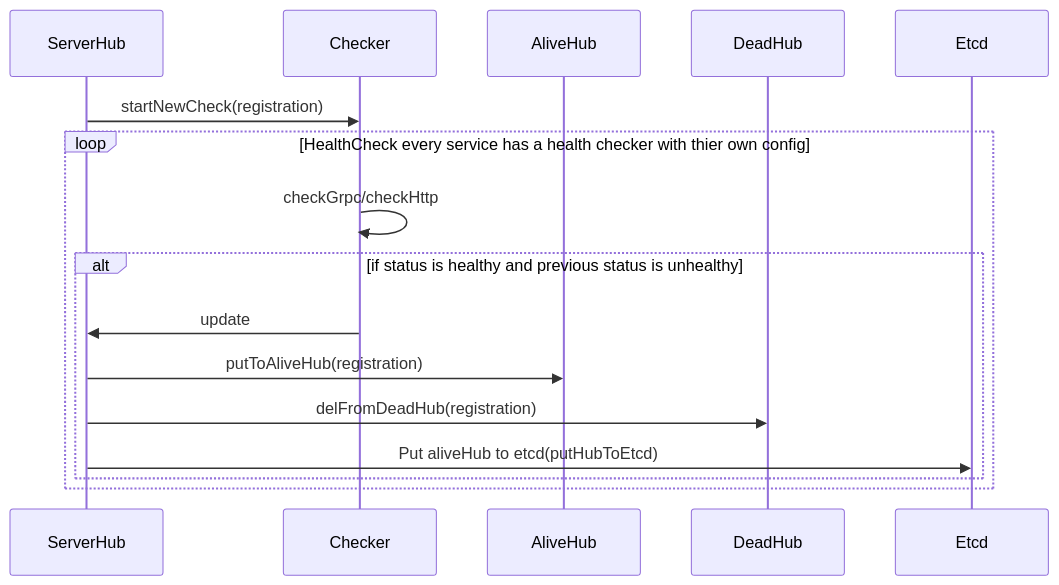
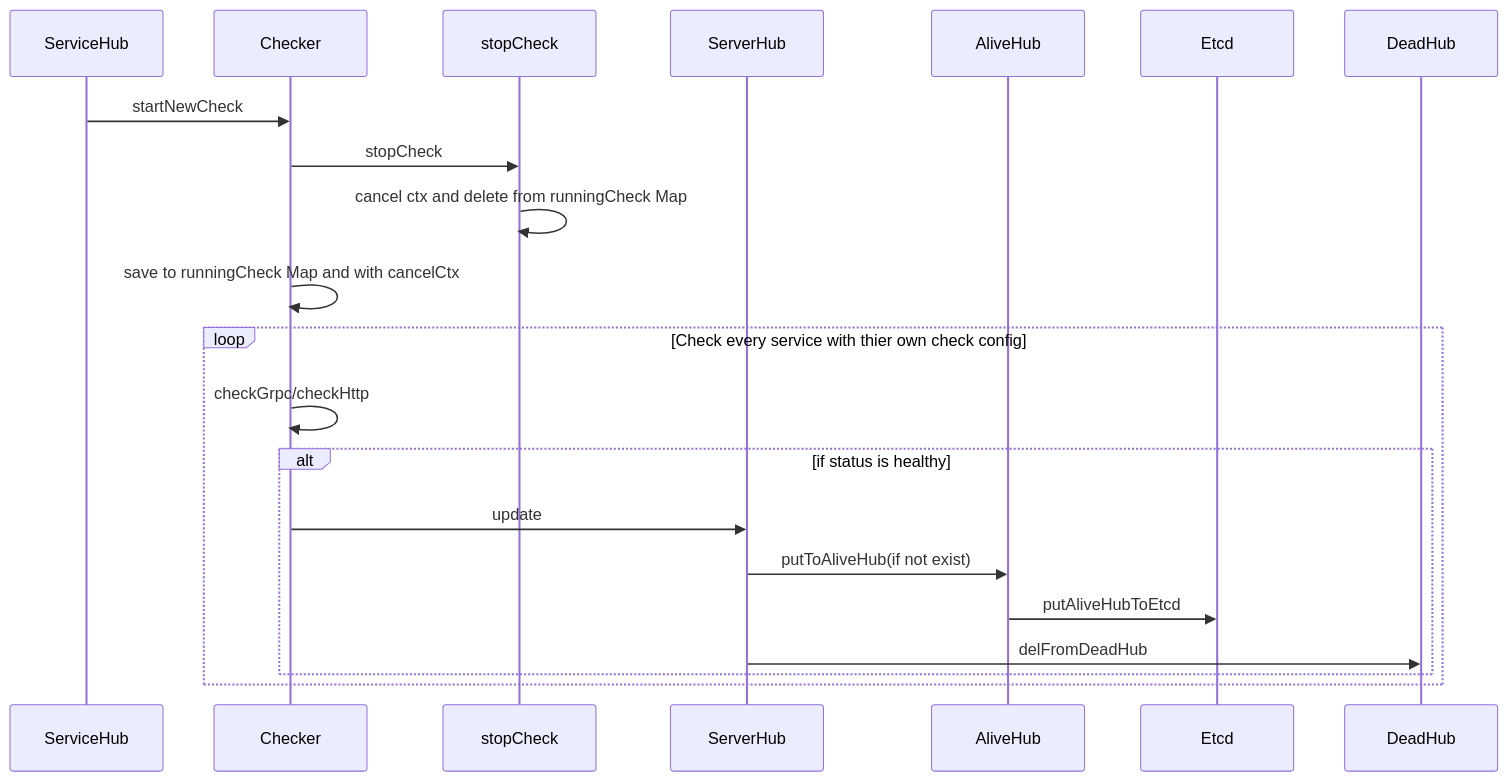
One commit to cruvie/kk_etcd_ui changed the fourth of 5 diagrams in README.md. Above: the diagram before and after it, drawn with Mermaid. The commit also changed other lines of this file and 35 other files, not shown here.

````diff
--- a/README.md
+++ b/README.md
@@ -120,13 +133,16 @@
 ```mermaid
 sequenceDiagram
-    ServerHub ->> Checker: startNewCheck(registration)
-    loop HealthCheck every service has a health checker with thier own config
+    ServiceHub ->> Checker: startNewCheck
+    Checker ->> stopCheck: stopCheck
+    stopCheck ->> stopCheck: cancel ctx and delete from runningCheck Map
+    Checker ->> Checker: save to runningCheck Map and with cancelCtx
+    loop Check every service with thier own check config
         Checker ->> Checker: checkGrpc/checkHttp
-        alt if status is healthy and previous status is unhealthy
+        alt if status is healthy
             Checker ->> ServerHub: update
-            ServerHub ->> AliveHub: putToAliveHub(registration)
-            ServerHub ->> DeadHub: delFromDeadHub(registration)
-            ServerHub ->> Etcd: Put aliveHub to etcd(putHubToEtcd)
+            ServerHub ->> AliveHub: putToAliveHub(if not exist)
+            AliveHub ->> Etcd: putAliveHubToEtcd
+            ServerHub ->> DeadHub: delFromDeadHub
         end
     end
 ```
````
